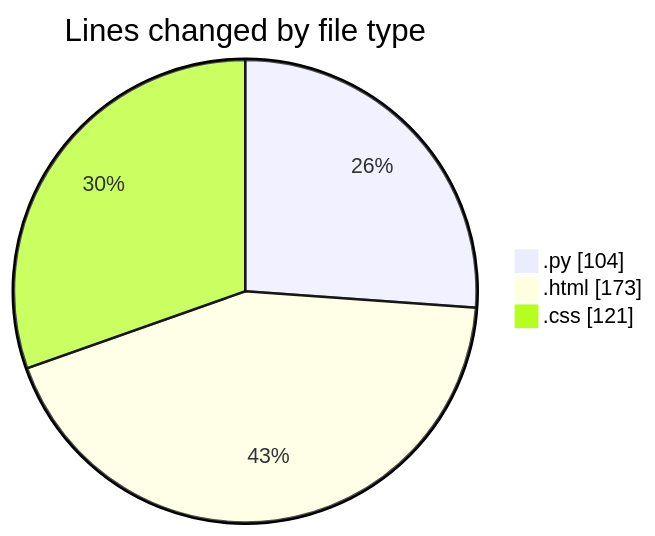
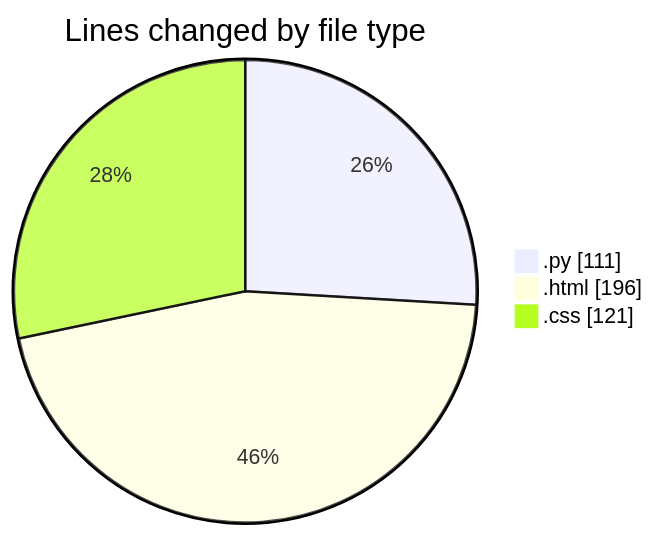
Before and after one commit to Elitesun/code-tracking: the first of 2 diagrams in 2025-01-31/flask/README.md, drawn with Mermaid. The commit also changed other lines of this file and 1 other file, not shown here.

````diff
--- a/2025-01-31/flask/README.md
+++ b/2025-01-31/flask/README.md
@@ -25,7 +25,7 @@
 ```mermaid
 pie showData
 title Lines changed by file type
-".py" : 104
-".html" : 173
+".py" : 111
+".html" : 196
 ".css" : 121
 ```
````
